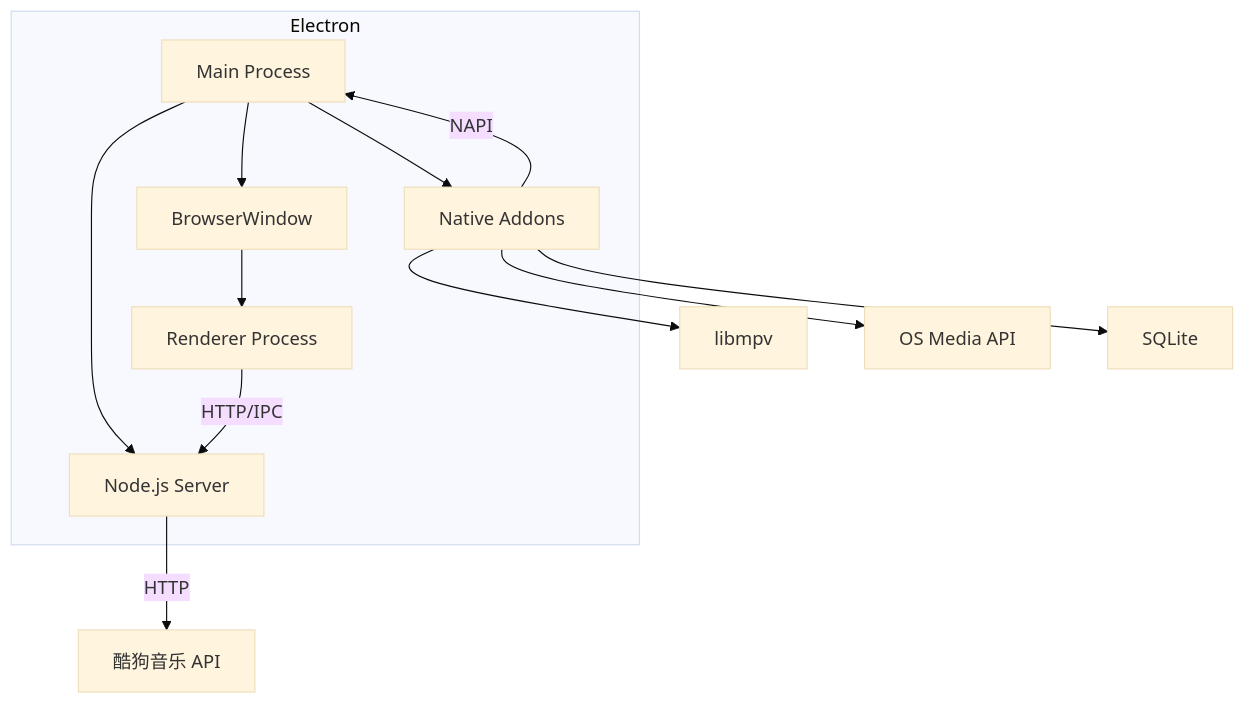
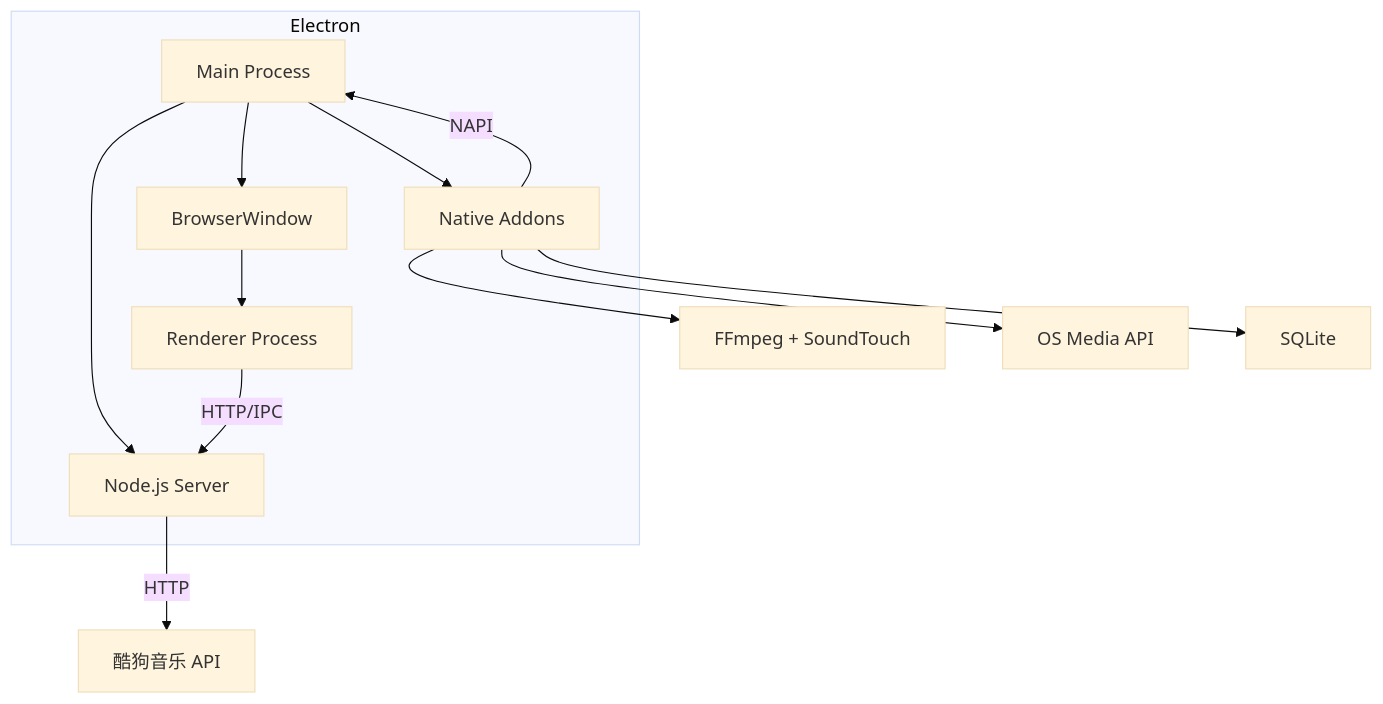
One commit to yaoyaoprincess/EchoMusic-docs changed the first of 4 diagrams in docs/develop/architecture.md. Above: the diagram before and after it, drawn with Mermaid (base theme). The commit also changed other lines of this file and 40 other files, not shown here.

````diff
--- a/docs/develop/architecture.md
+++ b/docs/develop/architecture.md
@@ -13,15 +13,15 @@
 ```mermaid
 graph TD
     subgraph Electron
         A[Main Process] --> B[BrowserWindow]
         B --> C[Renderer Process]
         A --> D[Native Addons]
         A --> E[Node.js Server]
     end
     C -->|HTTP/IPC| E
     D -->|NAPI| A
     E -->|HTTP| F[酷狗音乐 API]
-    D --> G[libmpv]
+    D --> G[FFmpeg + SoundTouch]
     D --> H[OS Media API]
     D --> I[SQLite]
 ```
````
